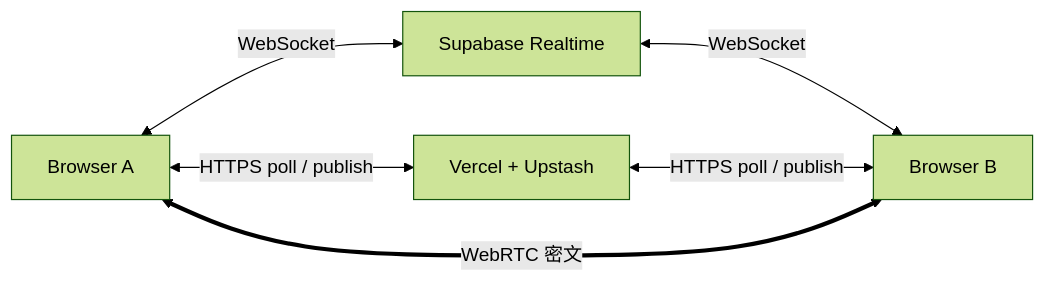
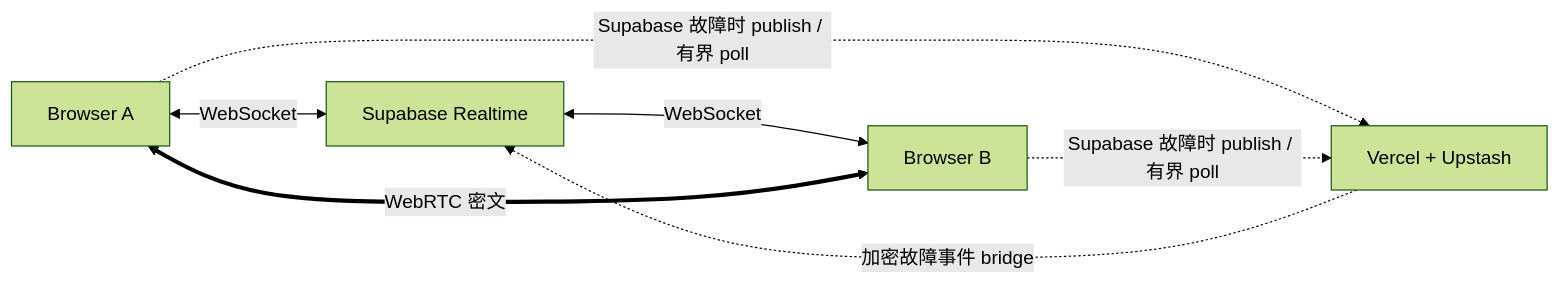
One commit to MarcWebber/p2p-chat changed the third of 6 diagrams in docs/network-and-deployment.md. Above: the diagram before and after it, drawn with Mermaid (forest theme). The commit also changed other lines of this file and 18 other files, not shown here.

````diff
--- a/docs/network-and-deployment.md
+++ b/docs/network-and-deployment.md
@@ -96,8 +96,9 @@
 ```mermaid
 flowchart LR
   A["Browser A"] <-->|"WebSocket"| S["Supabase Realtime"]
   S <-->|"WebSocket"| B["Browser B"]
-  A <-->|"HTTPS poll / publish"| H["Vercel + Upstash"]
-  H <-->|"HTTPS poll / publish"| B
+  A -. "Supabase 故障时 publish / 有界 poll" .-> H["Vercel + Upstash"]
+  B -. "Supabase 故障时 publish / 有界 poll" .-> H
+  H -. "加密故障事件 bridge" .-> S
   A <==>|"WebRTC 密文"| B
 ```
````
